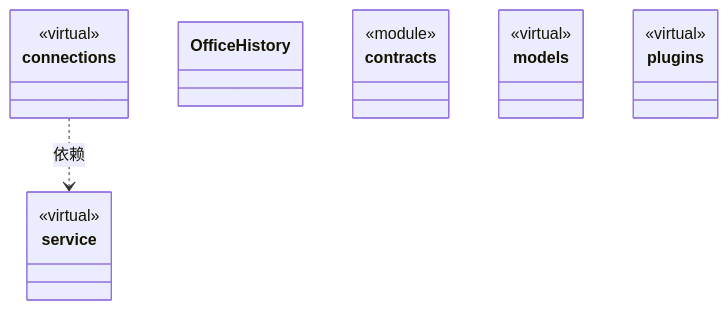
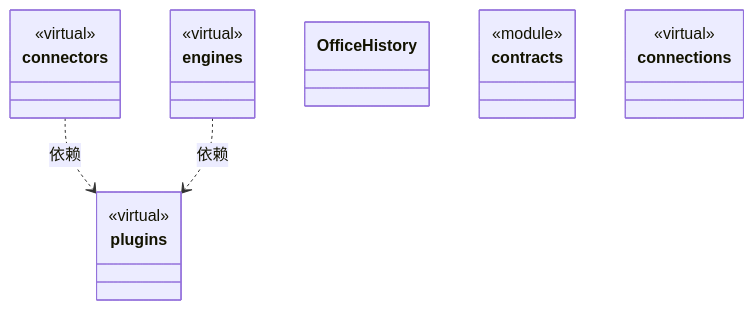
Before and after one commit to nan023062/cbim: the first of 2 diagrams in src/resource/ARCHITECTURE.md, drawn with Mermaid. The commit also changed other lines of this file and 113 other files, not shown here.

````diff
--- a/src/resource/ARCHITECTURE.md
+++ b/src/resource/ARCHITECTURE.md
@@ -33,26 +35,27 @@
 ```mermaid
 classDiagram
-class N_7a9ef6f11175["connections"] {
+class N_7efd1d4e6b97["plugins"] {
   <<virtual>>
 }
-click N_7a9ef6f11175 href "connections/ARCHITECTURE.md"
-class N_4266e8d9865a["service"] {
+click N_7efd1d4e6b97 href "plugins/ARCHITECTURE.md"
+class N_8ad250db0055["connectors"] {
   <<virtual>>
 }
-click N_4266e8d9865a href "service/ARCHITECTURE.md"
+click N_8ad250db0055 href "connectors/ARCHITECTURE.md"
+class N_5895a029e64d["engines"] {
+  <<virtual>>
+}
+click N_5895a029e64d href "engines/ARCHITECTURE.md"
 class N_d4a09f21afee["OfficeHistory"]
 click N_d4a09f21afee href "office-history.ts"
 class N_7c777722dd25["contracts"] {
   <<module>>
 }
 click N_7c777722dd25 href "contracts.ts"
-class N_c2f553d3f354["models"] {
+class N_7a9ef6f11175["connections"] {
   <<virtual>>
 }
-click N_c2f553d3f354 href "models/ARCHITECTURE.md"
-class N_7efd1d4e6b97["plugins"] {
-  <<virtual>>
-}
-click N_7efd1d4e6b97 href "plugins/ARCHITECTURE.md"
-N_7a9ef6f11175 ..> N_4266e8d9865a : 依赖
+click N_7a9ef6f11175 href "connections/ARCHITECTURE.md"
+N_8ad250db0055 ..> N_7efd1d4e6b97 : 依赖
+N_5895a029e64d ..> N_7efd1d4e6b97 : 依赖
 ```
````
